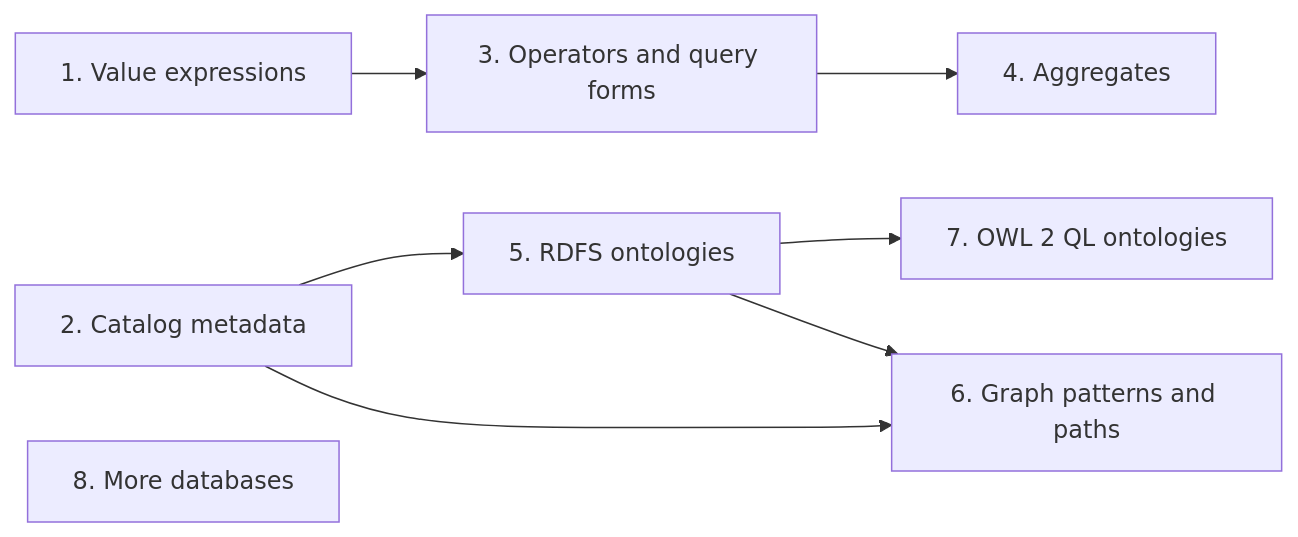
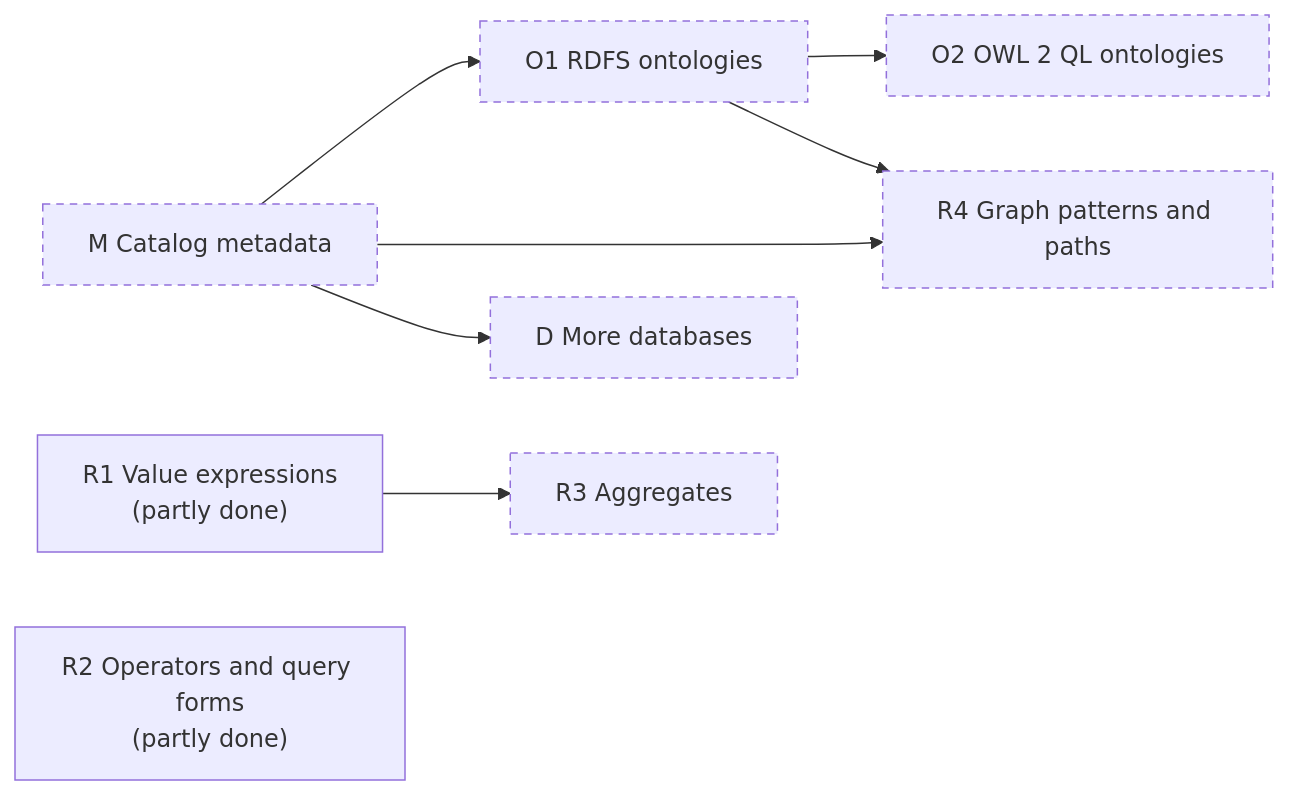
Before and after one commit to CharmingGroot/sparql-v12n: the diagram in README.md, drawn with Mermaid. The commit also changed other lines of this file and 2 other files, not shown here.

First line of the commit message:
docs: show roadmap dependencies and status by milestone

````diff
--- a/README.md
+++ b/README.md
@@ -159,8 +163,11 @@
 ```mermaid
 flowchart LR
-  R1["1. Value expressions"] --> R2["3. Operators and query forms"] --> R3["4. Aggregates"]
-  M["2. Catalog metadata"] --> O1["5. RDFS ontologies"] --> O2["7. OWL 2 QL ontologies"]
-  M --> R4["6. Graph patterns and paths"]
+  M["M Catalog metadata"] --> O1["O1 RDFS ontologies"] --> O2["O2 OWL 2 QL ontologies"]
+  M --> R4["R4 Graph patterns and paths"]
   O1 --> R4
-  D["8. More databases"]
+  M --> D["D More databases"]
+  R1["R1 Value expressions<br/>(partly done)"] --> R3["R3 Aggregates"]
+  R2["R2 Operators and query forms<br/>(partly done)"]
+  classDef planned stroke-dasharray: 5 4
+  class R3,M,O1,O2,R4,D planned
 ```
````
